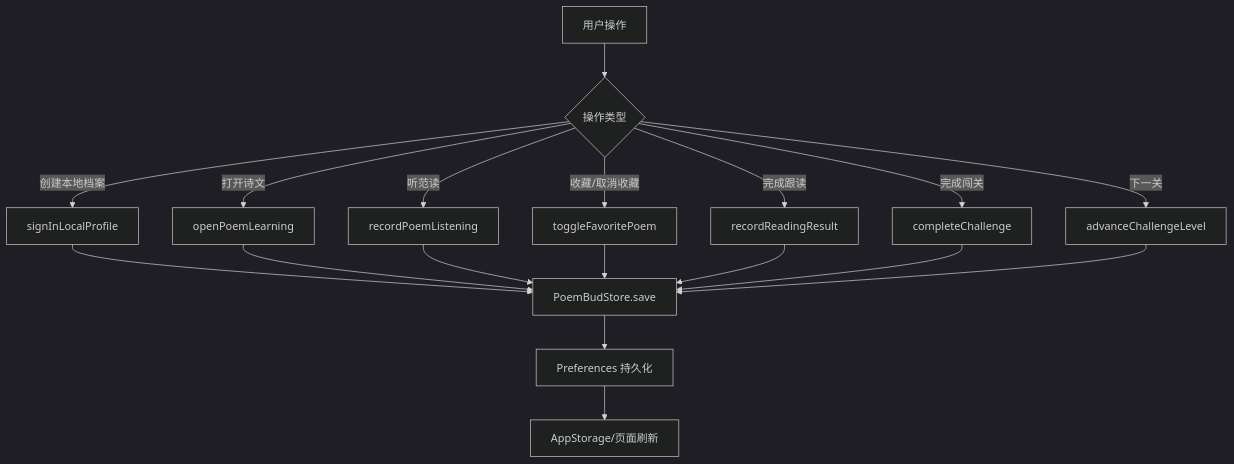
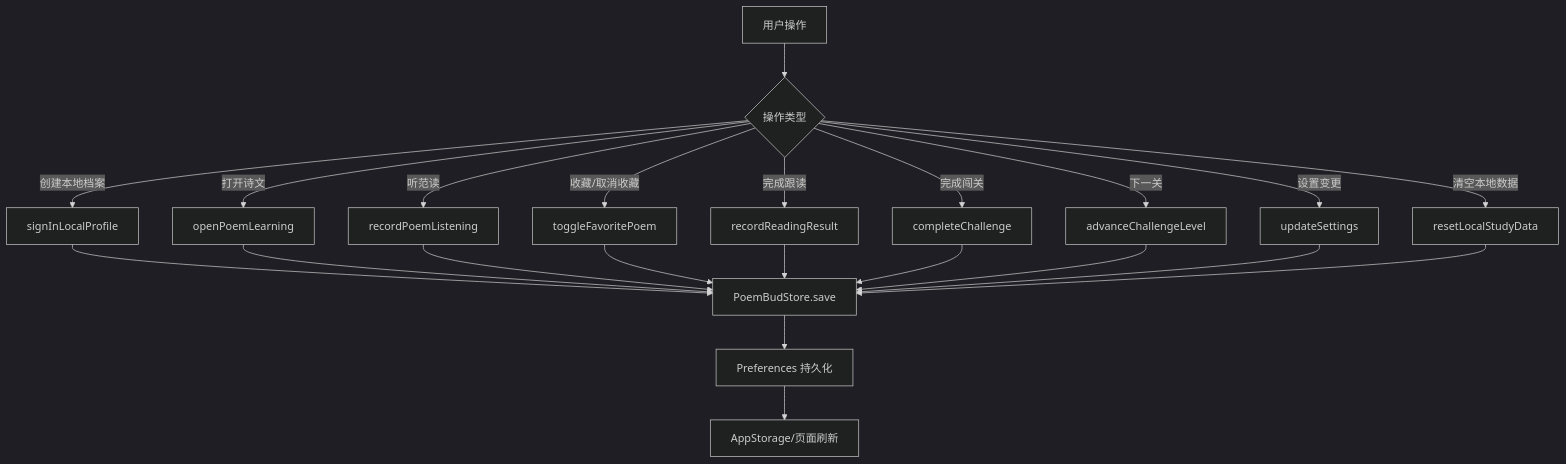
One commit to 0xdiymax/PoemBud changed the fourth of 5 diagrams in docs/product-flow.md. Above: the diagram before and after it, drawn with Mermaid (dark theme). The commit also changed other lines of this file and 42 other files, not shown here.

````diff
--- a/docs/product-flow.md
+++ b/docs/product-flow.md
@@ -117,23 +122,27 @@
 ```mermaid
 flowchart TD
   A["用户操作"] --> B{"操作类型"}
 
   B -->|"创建本地档案"| C["signInLocalProfile"]
   B -->|"打开诗文"| D["openPoemLearning"]
   B -->|"听范读"| E["recordPoemListening"]
   B -->|"收藏/取消收藏"| F["toggleFavoritePoem"]
   B -->|"完成跟读"| G["recordReadingResult"]
   B -->|"完成闯关"| H["completeChallenge"]
   B -->|"下一关"| I["advanceChallengeLevel"]
+  B -->|"设置变更"| J["updateSettings"]
+  B -->|"清空本地数据"| K["resetLocalStudyData"]
 
   C --> Z["PoemBudStore.save"]
   D --> Z
   E --> Z
   F --> Z
   G --> Z
   H --> Z
   I --> Z
+  J --> Z
+  K --> Z
 
   Z --> Y["Preferences 持久化"]
   Y --> X["AppStorage/页面刷新"]
 ```
````
